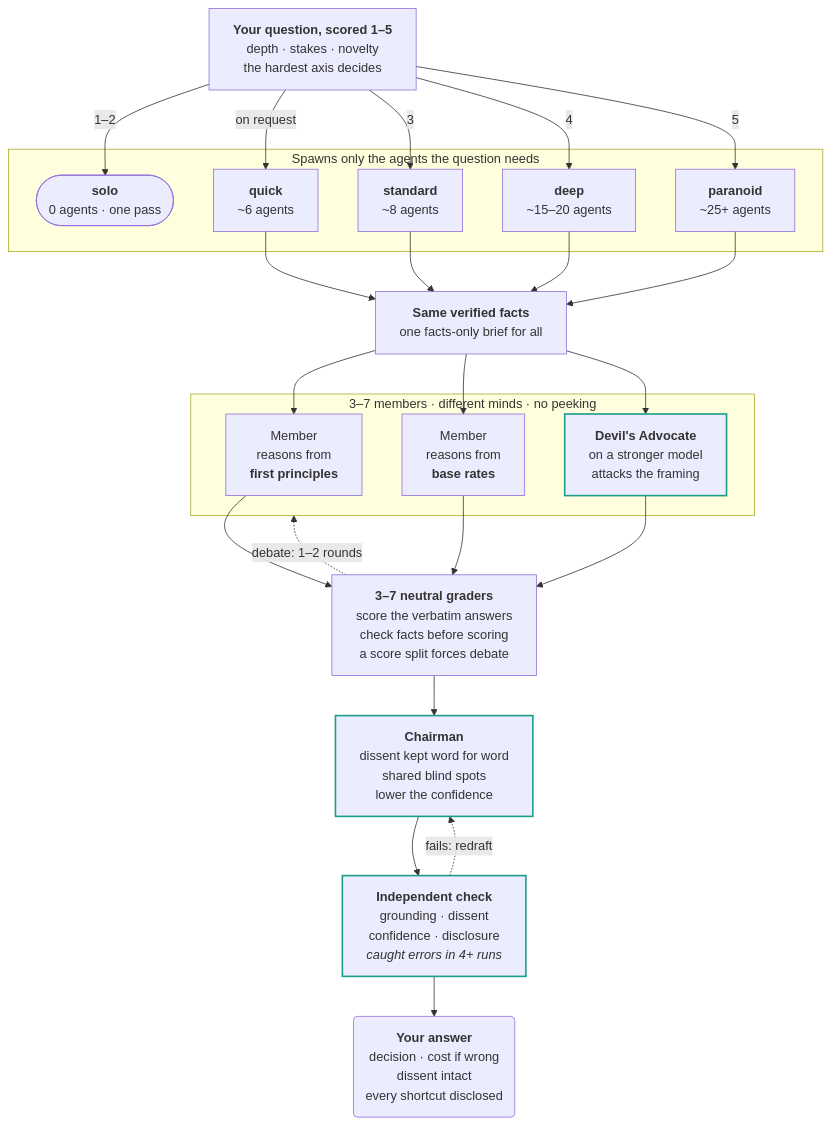
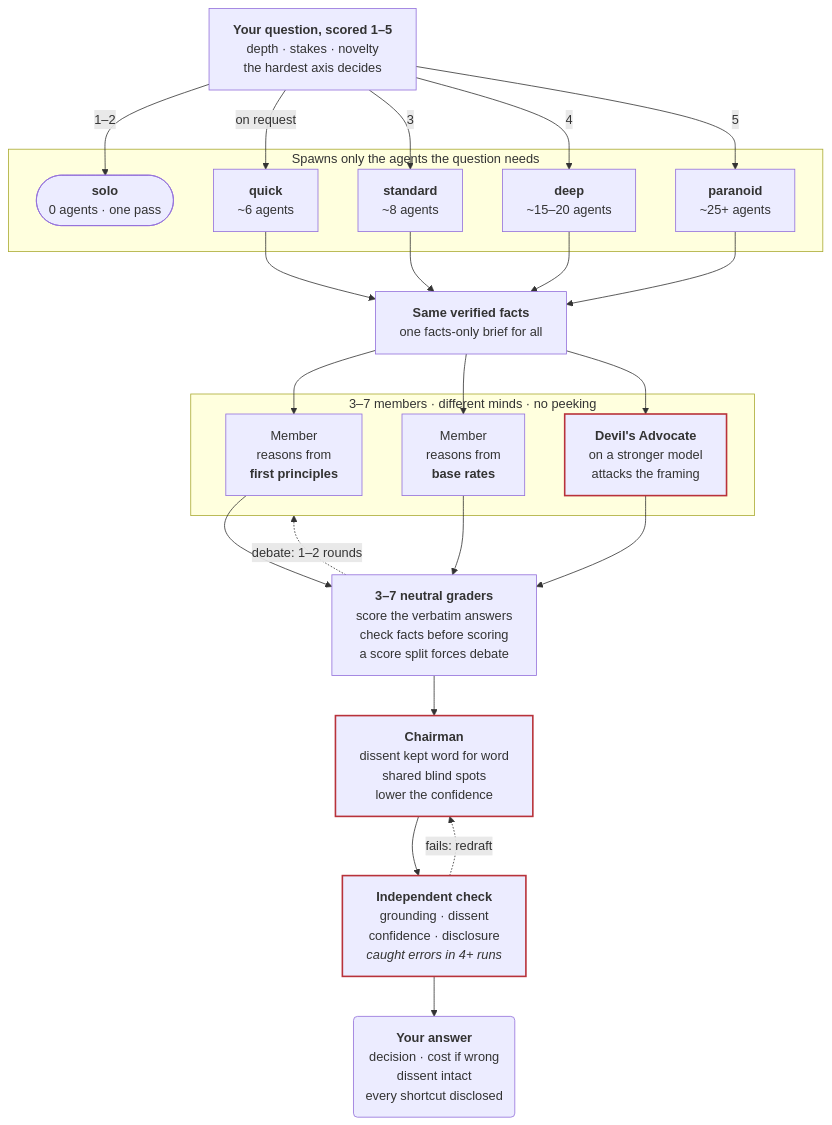
Before and after one commit to Ali-expandings/wise-men: the diagram in README.md, drawn with Mermaid. The commit also changed other lines of this file and 20 other files, not shown here.

Commit message:
3.9.4: dark-red visual identity — pixel-art council banner, flat chart colours, diagram accent

````diff
--- a/README.md
+++ b/README.md
@@ -152,32 +152,32 @@
 ```mermaid
 flowchart TB
     Q["<b>Your question, scored 1–5</b><br/>depth · stakes · novelty<br/>the hardest axis decides"]
     Q -->|"1–2"| T0
     Q -->|"on request"| T1
     Q -->|"3"| T2
     Q -->|"4"| T3
     Q -->|"5"| T4
     subgraph tiers["Spawns only the agents the question needs"]
         T0(["<b>solo</b><br/>0 agents · one pass"])
         T1["<b>quick</b><br/>~6 agents"]
         T2["<b>standard</b><br/>~8 agents"]
         T3["<b>deep</b><br/>~15–20 agents"]
         T4["<b>paranoid</b><br/>~25+ agents"]
     end
     T1 & T2 & T3 & T4 --> B["<b>Same verified facts</b><br/>one facts-only brief for all"]
     B --> M1 & M2 & M3
     subgraph council["3–7 members · different minds · no peeking"]
         M1["Member<br/>reasons from<br/><b>first principles</b>"]
         M2["Member<br/>reasons from<br/><b>base rates</b>"]
         M3["<b>Devil's Advocate</b><br/>on a stronger model<br/>attacks the framing"]
     end
     M1 & M2 & M3 --> G["<b>3–7 neutral graders</b><br/>score the verbatim answers<br/>check facts before scoring<br/>a score split forces debate"]
     G -.->|"debate: 1–2 rounds"| council
     G --> C["<b>Chairman</b><br/>dissent kept word for word<br/>shared blind spots<br/>lower the confidence"]
     C --> K["<b>Independent check</b><br/>grounding · dissent<br/>confidence · disclosure<br/><i>caught errors in 4+ runs</i>"]
     K -.->|"fails: redraft"| C
     K --> A("<b>Your answer</b><br/>decision · cost if wrong<br/>dissent intact<br/>every shortcut disclosed")
 
-    classDef key stroke:#1a9e8a,stroke-width:2px
+    classDef key stroke:#b8323a,stroke-width:2px
     class M3,C,K key
 ```
````
